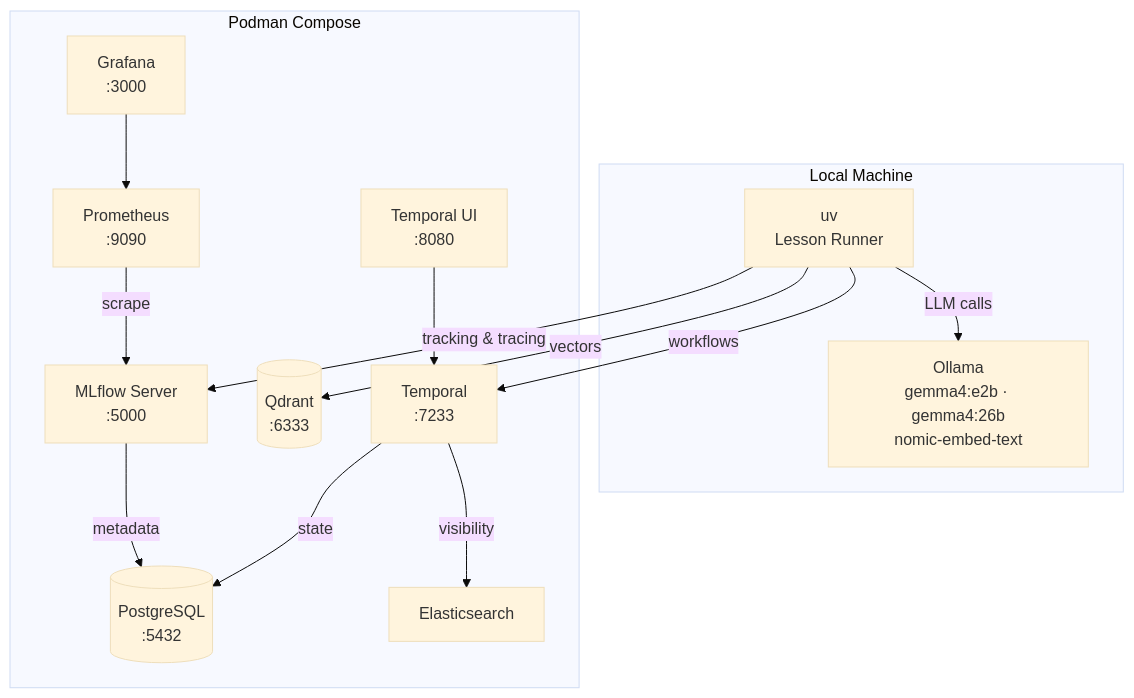
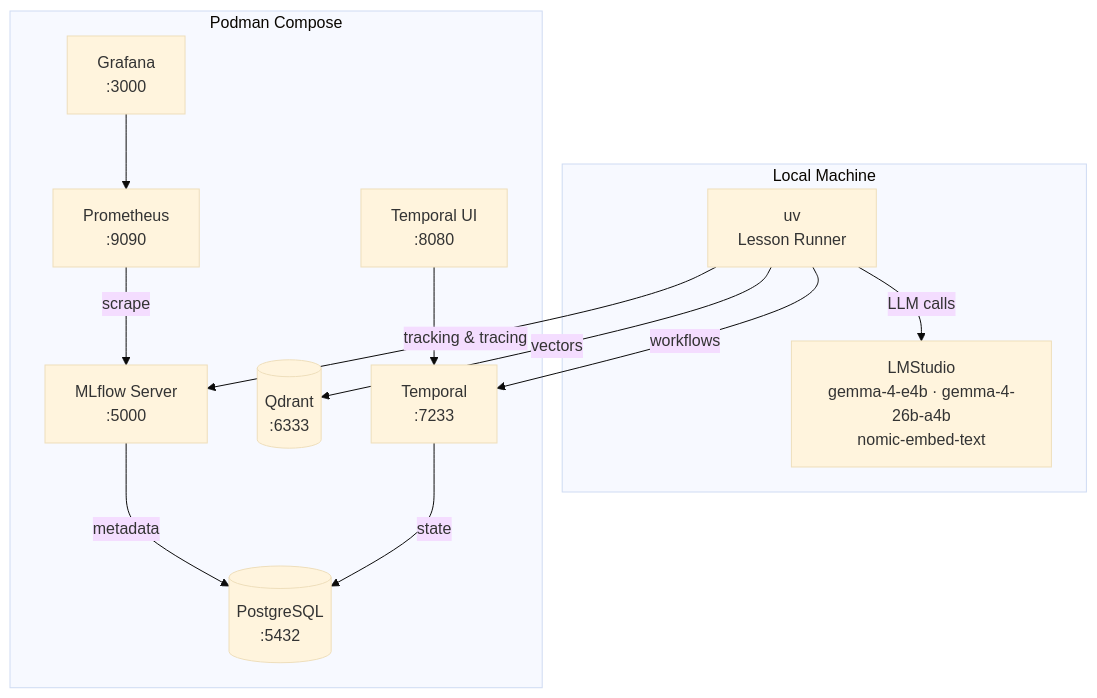
The diagram in README.md (lukaskellerstein/mlflow-tutorial), drawn with Mermaid (base theme) before and after one commit. The commit also changed other lines of this file and 453 other files, not shown here.

````diff
--- a/README.md
+++ b/README.md
@@ -23,29 +23,27 @@
 ```mermaid
 graph TD
     subgraph Local Machine
-        OL[Ollama<br/>gemma4:e2b · gemma4:26b<br/>nomic-embed-text]
+        LMS[LMStudio<br/>gemma-4-e4b · gemma-4-26b-a4b<br/>nomic-embed-text]
         UV[uv<br/>Lesson Runner]
     end
 
     subgraph Podman Compose
         ML[MLflow Server<br/>:5000]
         PG[(PostgreSQL<br/>:5432)]
         QD[(Qdrant<br/>:6333)]
         TMP[Temporal<br/>:7233]
         TUI[Temporal UI<br/>:8080]
         GF[Grafana<br/>:3000]
         PR[Prometheus<br/>:9090]
-        ES[Elasticsearch]
     end
 
     UV -->|tracking & tracing| ML
-    UV -->|LLM calls| OL
+    UV -->|LLM calls| LMS
     UV -->|vectors| QD
     UV -->|workflows| TMP
     ML -->|metadata| PG
     TMP -->|state| PG
-    TMP -->|visibility| ES
     TUI --> TMP
     GF --> PR
     PR -->|scrape| ML
 ```
````
